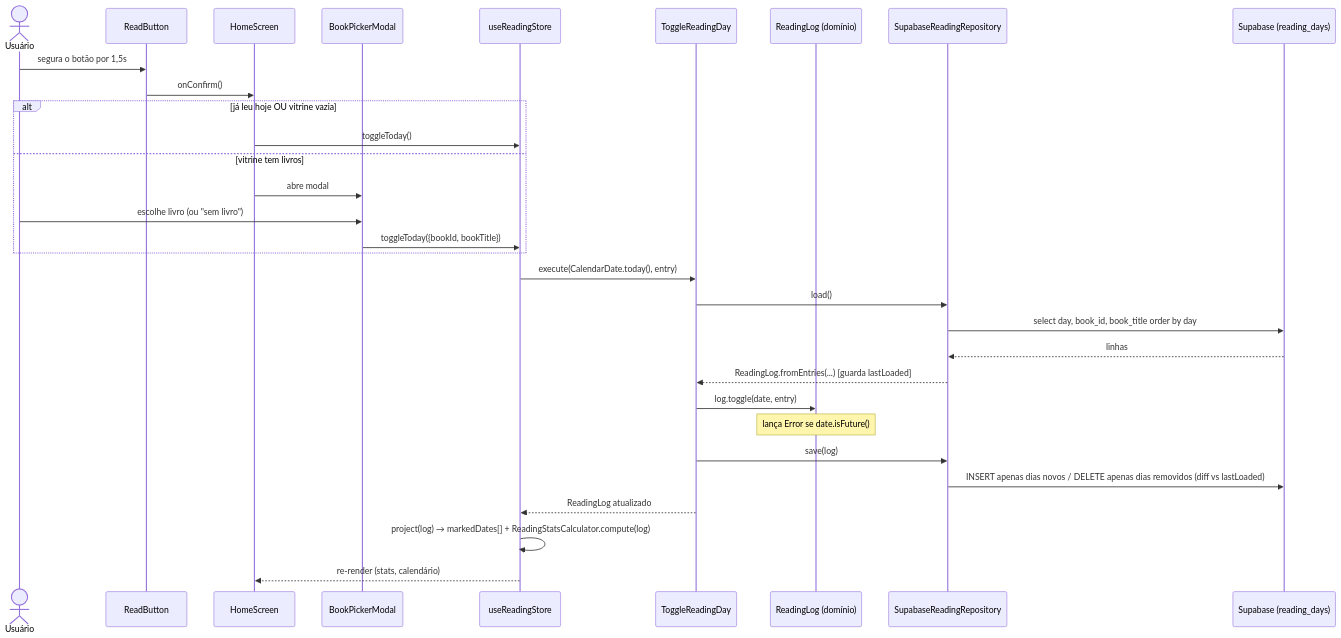
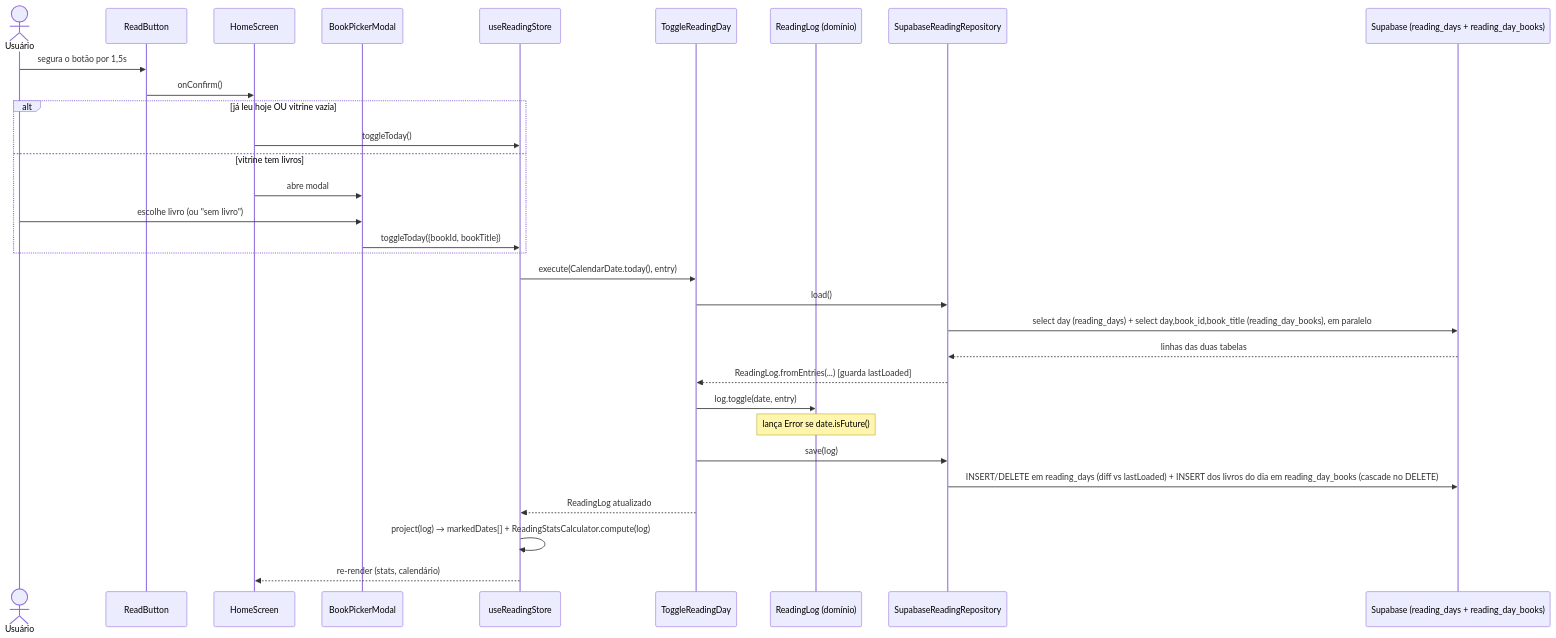
The second of 8 diagrams in AGENTS.md (GuilhermeNono/Book-Project), drawn with Mermaid before and after one commit. The commit also changed other lines of this file and 41 other files, not shown here.

````diff
--- a/AGENTS.md
+++ b/AGENTS.md
@@ -154,34 +171,34 @@
 ```mermaid
 sequenceDiagram
     actor U as Usuário
     participant RB as ReadButton
     participant HS as HomeScreen
     participant BPM as BookPickerModal
     participant ST as useReadingStore
     participant UC as ToggleReadingDay
     participant AGG as ReadingLog (domínio)
     participant REPO as SupabaseReadingRepository
-    participant DB as Supabase (reading_days)
+    participant DB as Supabase (reading_days + reading_day_books)
 
     U->>RB: segura o botão por 1,5s
     RB->>HS: onConfirm()
     alt já leu hoje OU vitrine vazia
         HS->>ST: toggleToday()
     else vitrine tem livros
         HS->>BPM: abre modal
         U->>BPM: escolhe livro (ou "sem livro")
         BPM->>ST: toggleToday({bookId, bookTitle})
     end
     ST->>UC: execute(CalendarDate.today(), entry)
     UC->>REPO: load()
-    REPO->>DB: select day, book_id, book_title order by day
-    DB-->>REPO: linhas
+    REPO->>DB: select day (reading_days) + select day,book_id,book_title (reading_day_books), em paralelo
+    DB-->>REPO: linhas das duas tabelas
     REPO-->>UC: ReadingLog.fromEntries(...)  [guarda lastLoaded]
     UC->>AGG: log.toggle(date, entry)
     Note over AGG: lança Error se date.isFuture()
     UC->>REPO: save(log)
-    REPO->>DB: INSERT apenas dias novos / DELETE apenas dias removidos (diff vs lastLoaded)
+    REPO->>DB: INSERT/DELETE em reading_days (diff vs lastLoaded) + INSERT dos livros do dia em reading_day_books (cascade no DELETE)
     UC-->>ST: ReadingLog atualizado
     ST->>ST: project(log) → markedDates[] + ReadingStatsCalculator.compute(log)
     ST-->>HS: re-render (stats, calendário)
 ```
````
